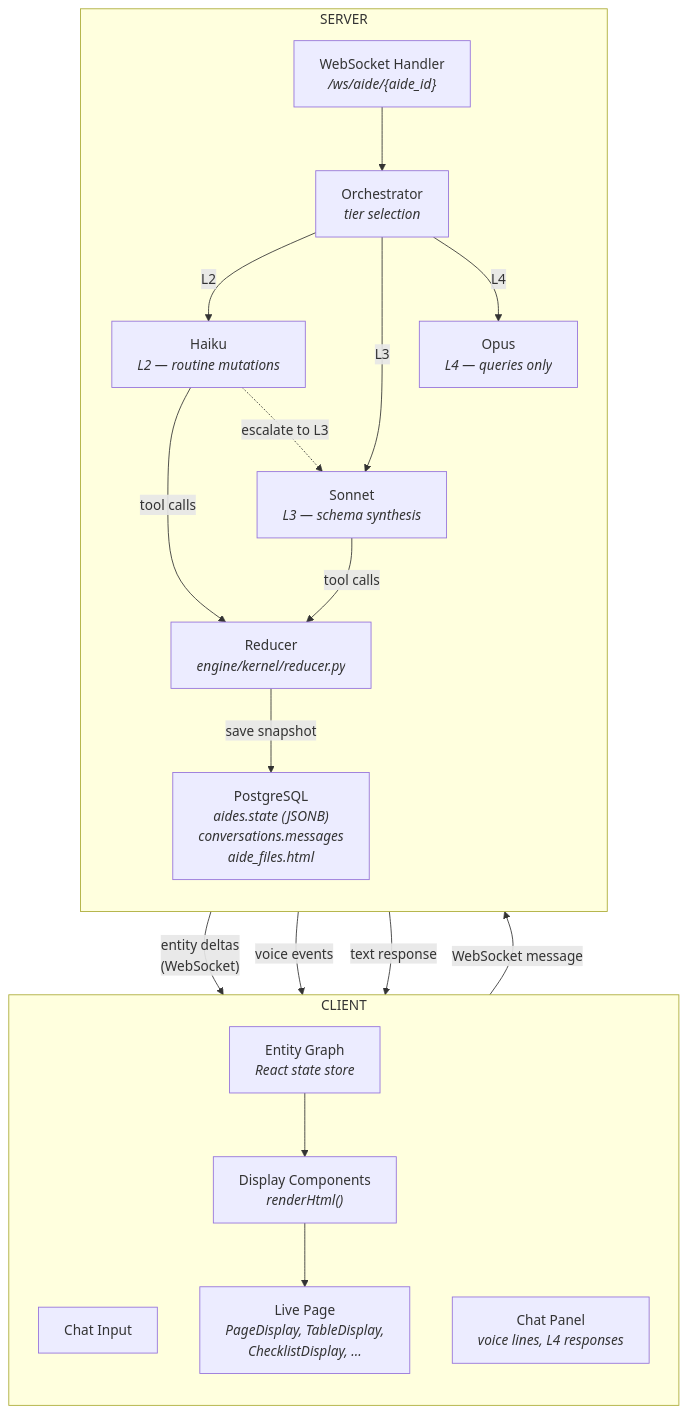
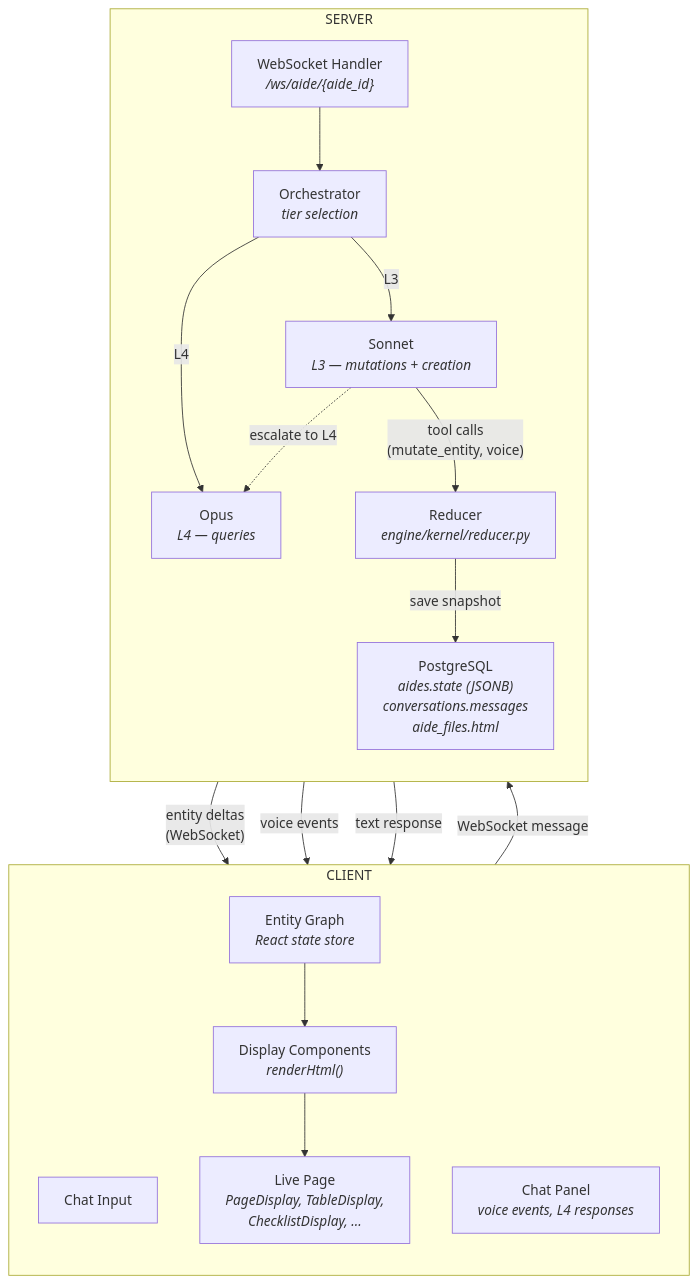
One commit to zcancio/aide changed the diagram in docs/eng_design/aide_architecture.mmd. Above: the diagram before and after it, drawn with Mermaid. The commit also changed 4 other files, not shown here.

First line of the commit message:
docs: remove L2 tier, update to two-tier architecture (L3/L4)

```diff
--- a/docs/eng_design/aide_architecture.mmd
+++ b/docs/eng_design/aide_architecture.mmd
@@ -1,41 +1,38 @@
 graph TD
     subgraph CLIENT["CLIENT"]
         direction TB
         INPUT["Chat Input"]
-        CHAT["Chat Panel<br/><i>voice lines, L4 responses</i>"]
+        CHAT["Chat Panel<br/><i>voice events, L4 responses</i>"]
         GRAPH["Entity Graph<br/><i>React state store</i>"]
         RENDERER["Display Components<br/><i>renderHtml()</i>"]
         PAGE["Live Page<br/><i>PageDisplay, TableDisplay,<br/>ChecklistDisplay, ...</i>"]
 
         GRAPH --> RENDERER
         RENDERER --> PAGE
     end
 
     subgraph SERVER["SERVER"]
         direction TB
         WS["WebSocket Handler<br/><i>/ws/aide/{aide_id}</i>"]
         ORCH["Orchestrator<br/><i>tier selection</i>"]
 
-        HAIKU["Haiku<br/><i>L2 — routine mutations</i>"]
-        SONNET["Sonnet<br/><i>L3 — schema synthesis</i>"]
-        OPUS["Opus<br/><i>L4 — queries only</i>"]
+        SONNET["Sonnet<br/><i>L3 — mutations + creation</i>"]
+        OPUS["Opus<br/><i>L4 — queries</i>"]
 
         REDUCER["Reducer<br/><i>engine/kernel/reducer.py</i>"]
         DB["PostgreSQL<br/><i>aides.state (JSONB)<br/>conversations.messages<br/>aide_files.html</i>"]
 
         WS --> ORCH
-        ORCH -->|"L2"| HAIKU
         ORCH -->|"L3"| SONNET
         ORCH -->|"L4"| OPUS
 
-        HAIKU -->|"tool calls"| REDUCER
-        SONNET -->|"tool calls"| REDUCER
-        HAIKU -.->|"escalate to L3"| SONNET
+        SONNET -->|"tool calls<br/>(mutate_entity, voice)"| REDUCER
+        SONNET -.->|"escalate to L4"| OPUS
 
         REDUCER -->|"save snapshot"| DB
     end
 
     INPUT -->|"WebSocket message"| WS
     REDUCER -->|"entity deltas<br/>(WebSocket)"| GRAPH
     REDUCER -->|"voice events"| CHAT
     OPUS -->|"text response"| CHAT
```
